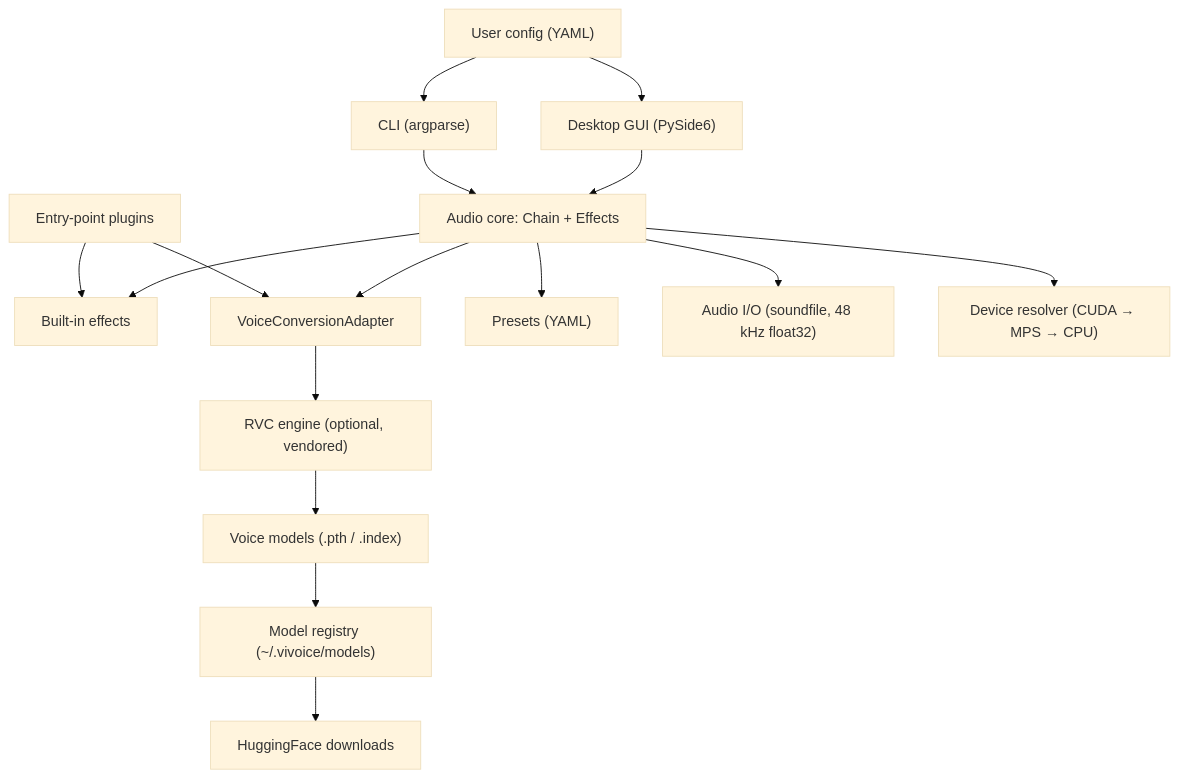
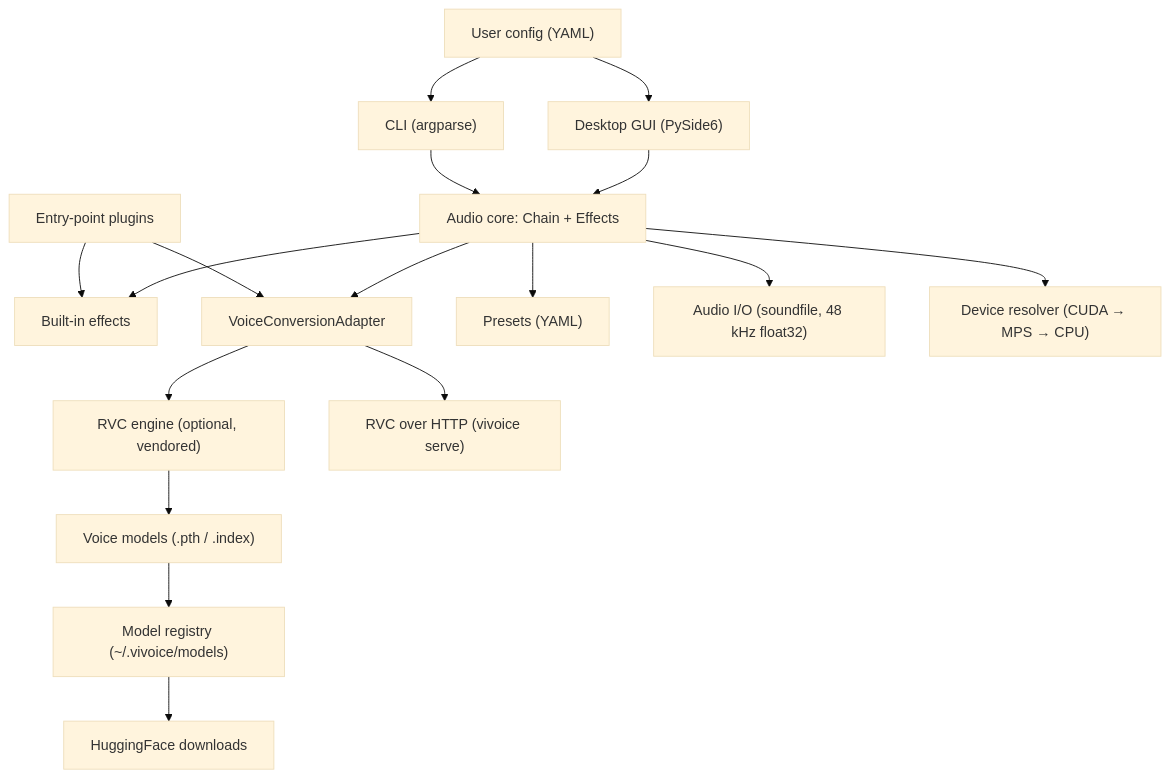
One commit to learnerbruse1/VIvoice changed the diagram in docs/ARCHITECTURE.md. Above: the diagram before and after it, drawn with Mermaid (base theme). The commit also changed other lines of this file and 38 other files, not shown here.

Commit message:
v0.4.0: dual RVC engines (in-process and HTTP server), GUI Live page, packaging and verified executables

````diff
--- a/docs/ARCHITECTURE.md
+++ b/docs/ARCHITECTURE.md
@@ -6,18 +6,19 @@
 ```mermaid
 flowchart TD
     GUI["Desktop GUI (PySide6)"] --> Engine
     CLI["CLI (argparse)"] --> Engine
     Engine["Audio core: Chain + Effects"] --> Effects["Built-in effects"]
     Engine --> Adapter["VoiceConversionAdapter"]
     Adapter --> RVC["RVC engine (optional, vendored)"]
+    Adapter --> RVC_HTTP["RVC over HTTP (vivoice serve)"]
     Engine --> Presets["Presets (YAML)"]
     Engine --> Audio["Audio I/O (soundfile, 48 kHz float32)"]
     RVC --> Models["Voice models (.pth / .index)"]
     Models --> Store["Model registry (~/.vivoice/models)"]
     Store --> Hub["HuggingFace downloads"]
     Engine --> Devices["Device resolver (CUDA → MPS → CPU)"]
     Plugins["Entry-point plugins"] --> Effects
     Plugins --> Adapter
     Config["User config (YAML)"] --> GUI
     Config --> CLI
 ```
````
